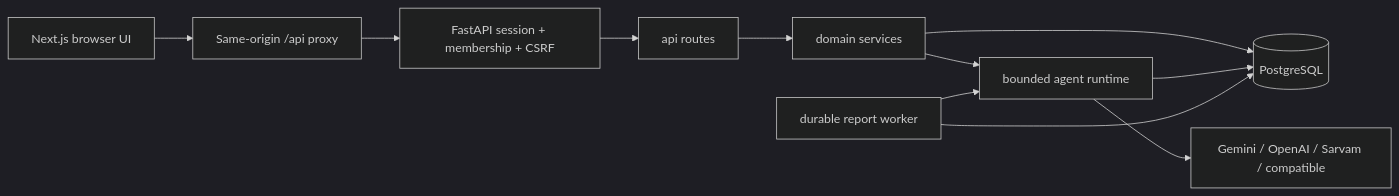
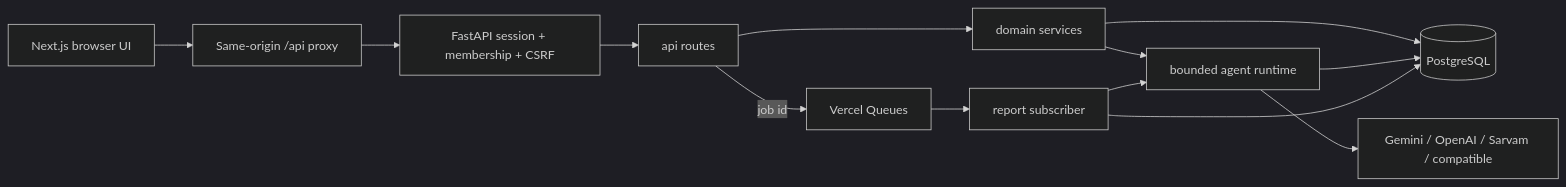
The diagram in docs/ARCHITECTURE.md (teja1729/interview-assistance), drawn with Mermaid (dark theme) before and after one commit. The commit also changed other lines of this file and 9 other files, not shown here.

Commit message:
Run interview reports with Vercel Queues

````diff
--- a/docs/ARCHITECTURE.md
+++ b/docs/ARCHITECTURE.md
@@ -14,13 +14,15 @@
 ```mermaid
 flowchart LR
   Browser[Next.js browser UI] --> Proxy[Same-origin /api proxy]
   Proxy --> Auth[FastAPI session + membership + CSRF]
   Auth --> Routes[api routes]
   Routes --> Services[domain services]
   Services --> PG[(PostgreSQL)]
   Services --> Runtime[bounded agent runtime]
   Runtime --> Providers[Gemini / OpenAI / Sarvam / compatible]
   Runtime --> PG
-  Worker[durable report worker] --> PG
-  Worker --> Runtime
+  Routes -->|job id| VercelQueue[Vercel Queues]
+  VercelQueue --> Subscriber[report subscriber]
+  Subscriber --> PG
+  Subscriber --> Runtime
 ```
````
